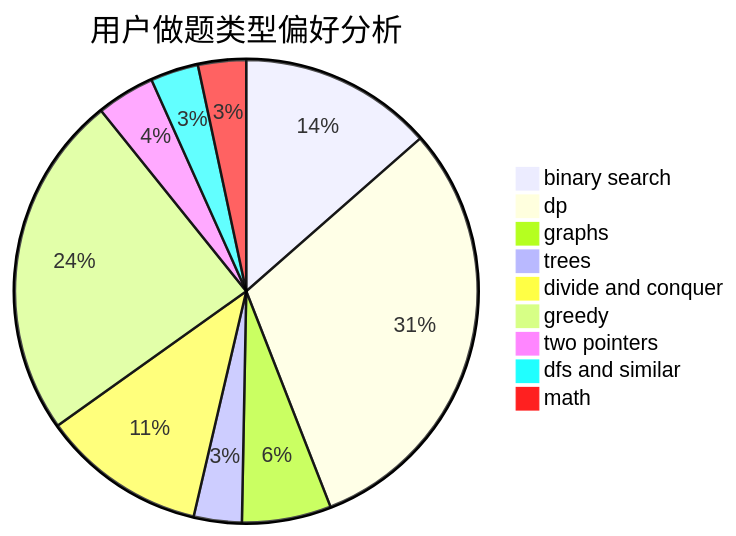
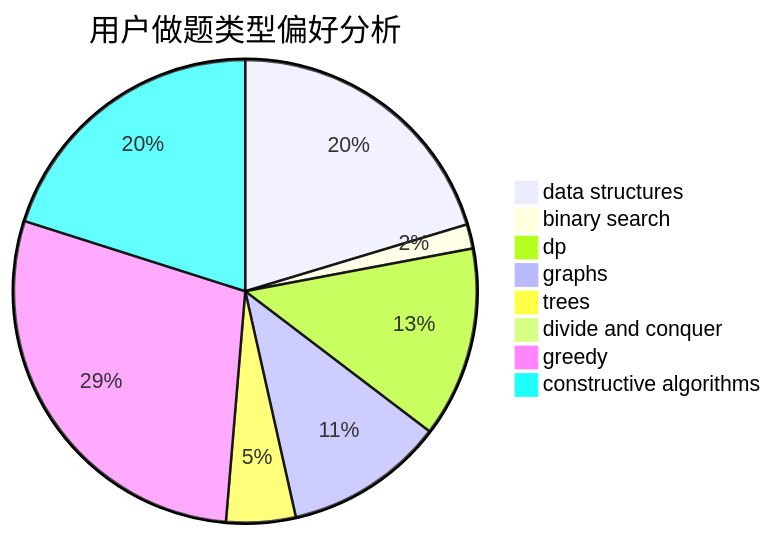
The second of 3 diagrams in docs/user/u416.md (sherpahu/cfrs.github.io), drawn with Mermaid before and after one commit. The commit also changed other lines of this file and 2775 other files, not shown here.

````diff
--- a/docs/user/u416.md
+++ b/docs/user/u416.md
@@ -23,12 +23,11 @@
 ```mermaid
 pie title 用户做题类型偏好分析
-    "binary search" :  113
-    "dp" :  255
-    "graphs" :  52
-    "trees" :  28
-    "divide and conquer" :  96
-    "greedy" :  201
-    "two pointers" :  34
-    "dfs and similar" :  28
-    "math" :  28
+    "data structures" :  84
+    "binary search" :  7
+    "dp" :  55
+    "graphs" :  46
+    "trees" :  20
+    "divide and conquer" :  0
+    "greedy" :  118
+    "constructive algorithms" :  83
 ```
````
